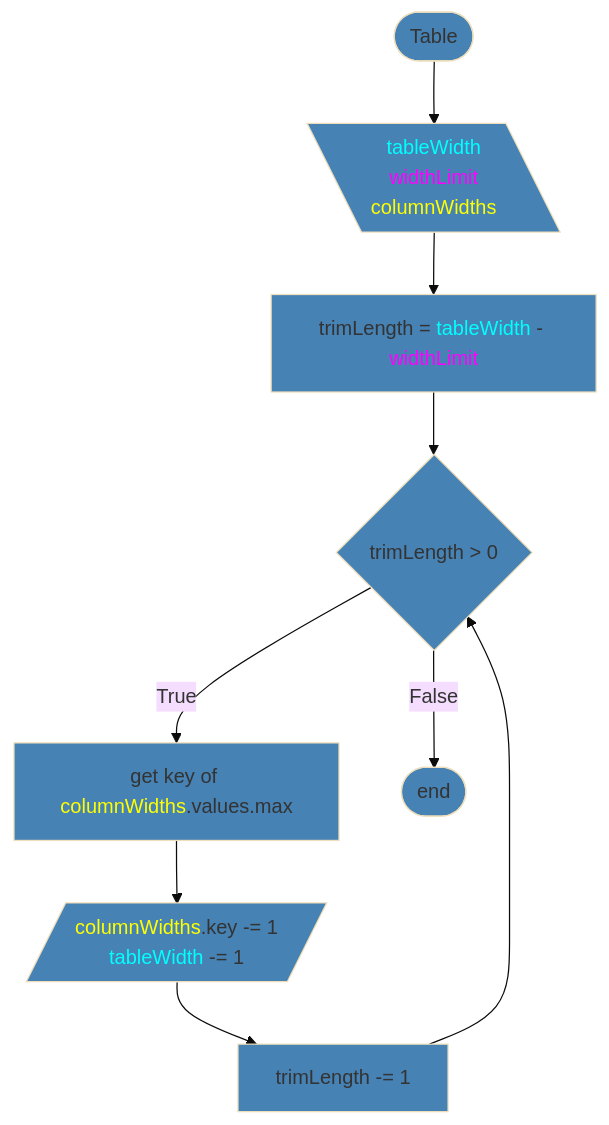
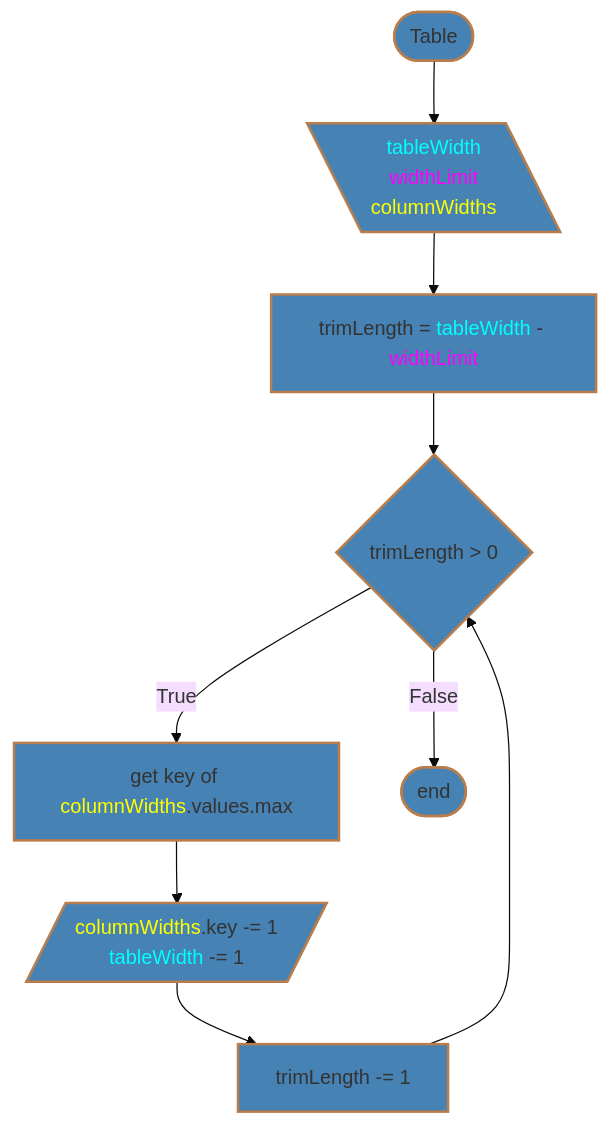
Diagram 15 of 20 in scripts/table/design.md (7s4e/p3), drawn with Mermaid (base theme) before and after one commit. The commit also changed other lines of this file, not shown here.

````diff
--- a/scripts/table/design.md
+++ b/scripts/table/design.md
@@ -476,24 +476,24 @@
 ```mermaid
 flowchart
-    classDef fill fill:#4682b4
-    STR([Table]):::fill
+    classDef shape fill:#4682b4,stroke:#b97d4b,stroke-width:2px
+    STR([Table]):::shape
         STR --> INP
     INP[\"<span style='color:cyan;'>tableWidth</span>
           <span style='color:magenta;'>widthLimit</span>
-          <span style='color:yellow;'>columnWidths</span>"\]:::fill
+          <span style='color:yellow;'>columnWidths</span>"\]:::shape
         INP --> TRM
     TRM["trimLength = <span style='color:cyan;'>tableWidth</span> - <span 
-             style='color:magenta;'>widthLimit</span>"]:::fill
+             style='color:magenta;'>widthLimit</span>"]:::shape
         TRM --> WHL
-    WHL{trimLength > 0}:::fill
+    WHL{trimLength > 0}:::shape
         WHL -- True  --> WTH
         DEC          --> WHL
         WHL -- False --> END
-    WTH["get key of <span style='color:yellow;'>columnWidths</span>.values.max"]:::fill
+    WTH["get key of <span style='color:yellow;'>columnWidths</span>.values.max"]:::shape
         WTH --> SET
     SET[/"<span style='color:yellow;'>columnWidths</span>.key -= 1
-         <span style='color:cyan;'>tableWidth</span> -= 1"/]:::fill
+         <span style='color:cyan;'>tableWidth</span> -= 1"/]:::shape
         SET --> DEC
-    DEC[trimLength -= 1]:::fill
-    END([end]):::fill
+    DEC[trimLength -= 1]:::shape
+    END([end]):::shape
 ```
````
